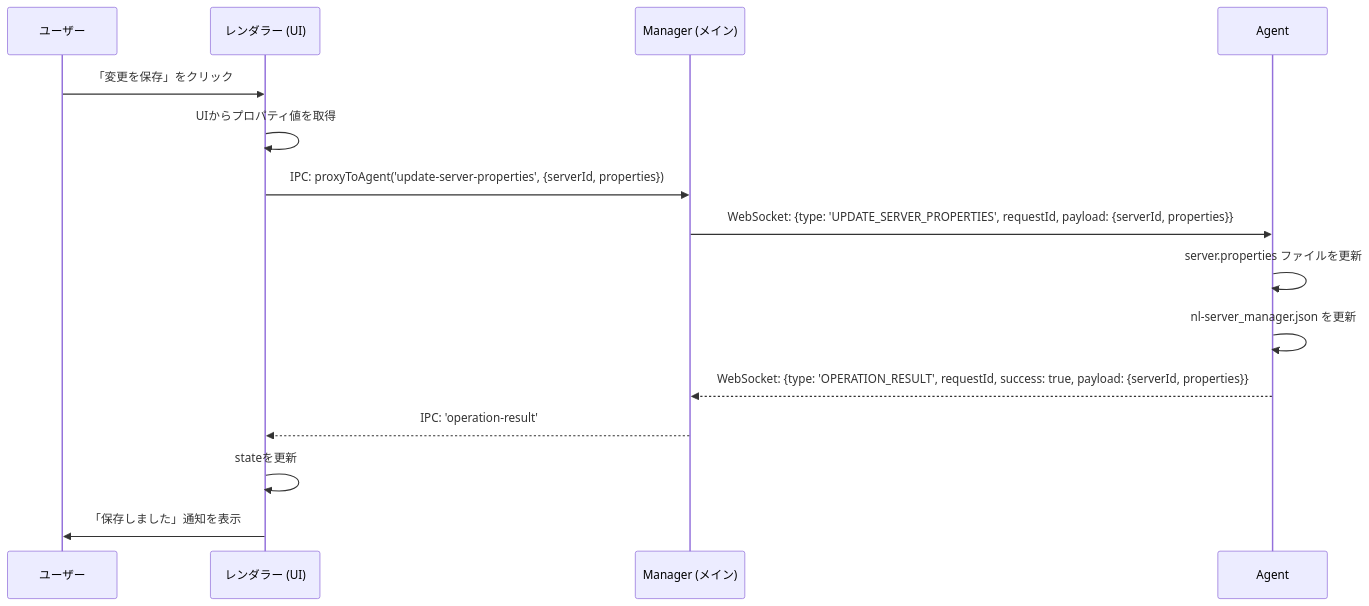
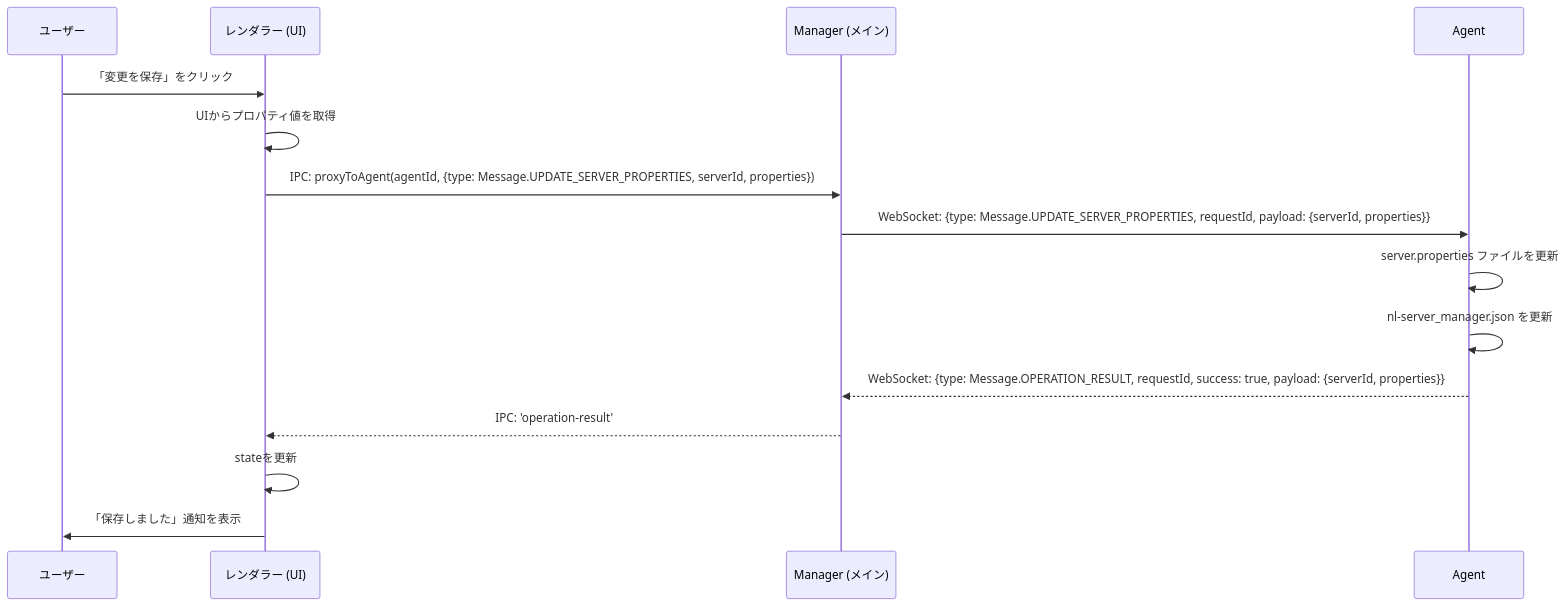
Before and after one commit to Nekolite-Studio/NL-ServerManager: the sixth of 6 diagrams in markdown/docs/COMMUNICATION_FLOW.md, drawn with Mermaid. The commit also changed other lines of this file and 24 other files, not shown here.

````diff
--- a/markdown/docs/COMMUNICATION_FLOW.md
+++ b/markdown/docs/COMMUNICATION_FLOW.md
@@ -184,18 +194,18 @@
 ```mermaid
 sequenceDiagram
     participant User as ユーザー
     participant Renderer as レンダラー (UI)
     participant Main as Manager (メイン)
     participant Agent
 
     User->>Renderer: 「変更を保存」をクリック
     Renderer->>Renderer: UIからプロパティ値を取得
-    Renderer->>Main: IPC: proxyToAgent('update-server-properties', {serverId, properties})
-    Main->>Agent: WebSocket: {type: 'UPDATE_SERVER_PROPERTIES', requestId, payload: {serverId, properties}}
+    Renderer->>Main: IPC: proxyToAgent(agentId, {type: Message.UPDATE_SERVER_PROPERTIES, serverId, properties})
+    Main->>Agent: WebSocket: {type: Message.UPDATE_SERVER_PROPERTIES, requestId, payload: {serverId, properties}}
     Agent->>Agent: server.properties ファイルを更新
     Agent->>Agent: nl-server_manager.json を更新
-    Agent-->>Main: WebSocket: {type: 'OPERATION_RESULT', requestId, success: true, payload: {serverId, properties}}
+    Agent-->>Main: WebSocket: {type: Message.OPERATION_RESULT, requestId, success: true, payload: {serverId, properties}}
     Main-->>Renderer: IPC: 'operation-result'
     Renderer->>Renderer: stateを更新
     Renderer->>User: 「保存しました」通知を表示
 ```
````
